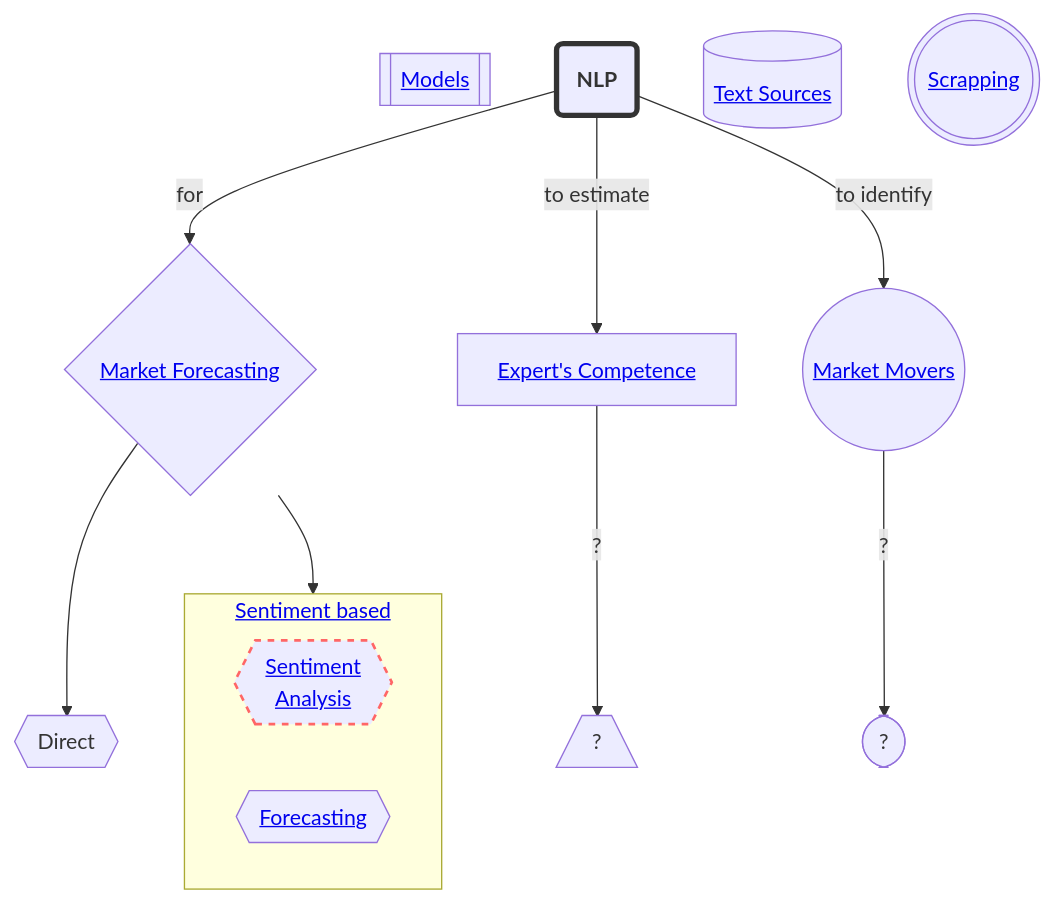
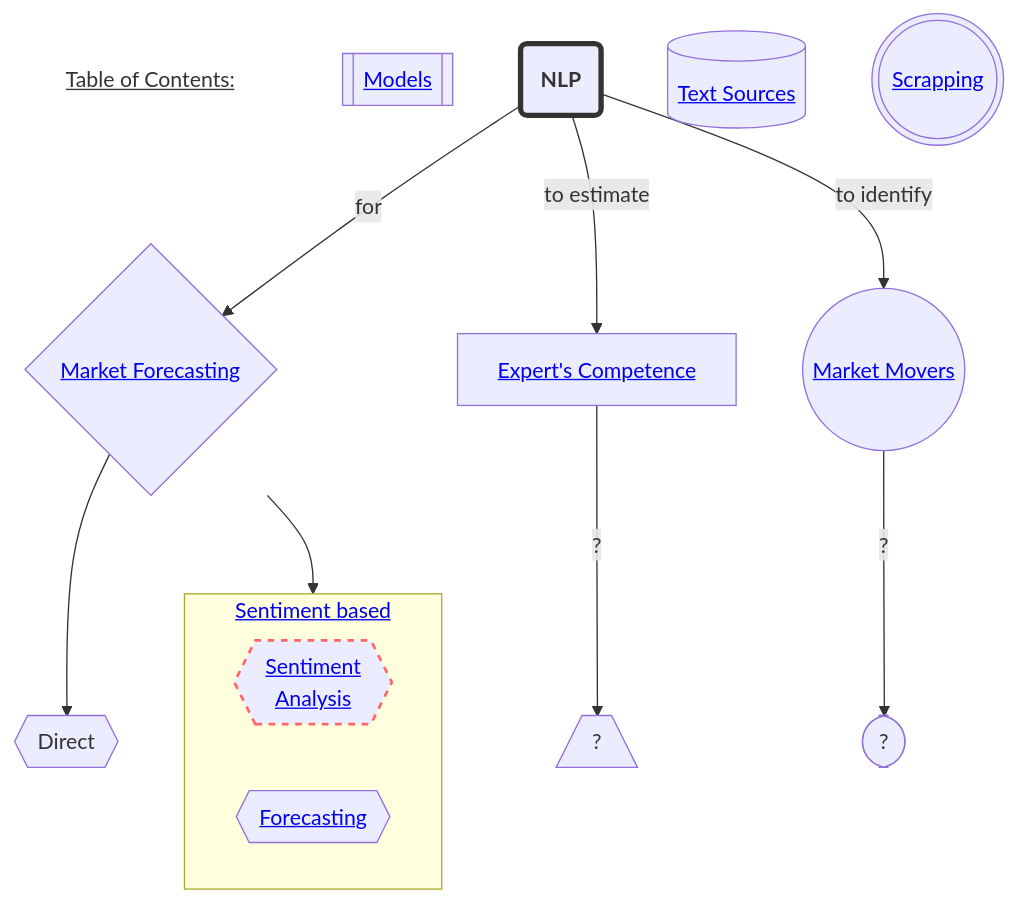
One commit to completelyboofyblitzed/STOCK-MARKET-NLP changed the first of 2 diagrams in README.md. Above: the diagram before and after it, drawn with Mermaid. The commit also changed other lines of this file, not shown here.

````diff
--- a/README.md
+++ b/README.md
@@ -9,33 +9,39 @@
 ```mermaid
 %%{init: {"theme": "default","fontFamily": "cursive", "sequence": { "securityLevel":"loose" }}}%%
 graph TD
-    classDef containers fill:#E6E1F7
+    title[<u>Table of Contents:</u>]
+    title---F
+    style title fill:#FFF,stroke:#FFF
+    linkStyle 0 stroke:#FFF,stroke-width:0;
+
+    %%FirstStep-->...
+    %%classDef containers fill:#E6E1F7
     
     %% styling the nodes and arrors https://dompl.medium.com/produce-great-looking-flowcharts-in-seconds-7f3bea64f2e2
     %% mermaid editor https://mermaid.live
     Mo[[<a href='https://github.com/completelyboofyblitzed/NLP-in-STOCK-MARKET/blob/main/README.md#models'>Models</a>]]
     A(<b>NLP</b>) -->|for| F{<a href='https://github.com/completelyboofyblitzed/NLP-in-STOCK-MARKET/blob/main/README.md#market-forecasting'>Market Forecasting</a>} 
     
     style A stroke:#333,stroke-width:4px
     subgraph MF [<a href='https://github.com/completelyboofyblitzed/NLP-in-STOCK-MARKET/blob/main/README.md#sentiment-based' >Sentiment based</a>]
     Se{{<a href='https://github.com/completelyboofyblitzed/NLP-in-STOCK-MARKET/blob/main/README.md#sentiment-analysis'>Sentiment<br>Analysis</a>}}
     Fc{{<a href='https://github.com/completelyboofyblitzed/NLP-in-STOCK-MARKET/blob/main/README.md#forecasting'>Forecasting</a>}}
     %% Al{{?}}
     end
 
     
     Ts[(<a href='https://github.com/completelyboofyblitzed/NLP-in-STOCK-MARKET/blob/main/README.md#text-sources'>Text Sources</a>)]
     
     %% Se<-.-Mo
     %% Fc<-.-Al[[<a href='https://github.com/completelyboofyblitzed/NLP-in-STOCK-MARKET/blob/main/README.md#algorithms'>Algorithms</a>]]
     F--> Di{{Direct}}
 
     Sc(((<a href='https://github.com/completelyboofyblitzed/NLP-in-STOCK-MARKET/blob/main/README.md#scrapping'>Scrapping</a>)))
     A -->|to estimate| E[<a href='https://github.com/completelyboofyblitzed/NLP-in-STOCK-MARKET/blob/main/README.md#experts-competence-estimation'>Expert's Competence</a>]
     A -->|to identify| M((<a href='https://github.com/completelyboofyblitzed/NLP-in-STOCK-MARKET/blob/main/README.md#market-movers-identification'>Market Movers</a>))
     F -->|"  "| MF{{?}}
     style Se stroke:#f66,stroke-width:2px,color:#fff,stroke-dasharray: 5 5,text-decoration: none
     E -->|?| V[/?\]
     M -->|?| Q([?])
     %% class A,B,F,E,E,M,F,Q containers;
 ```
````
